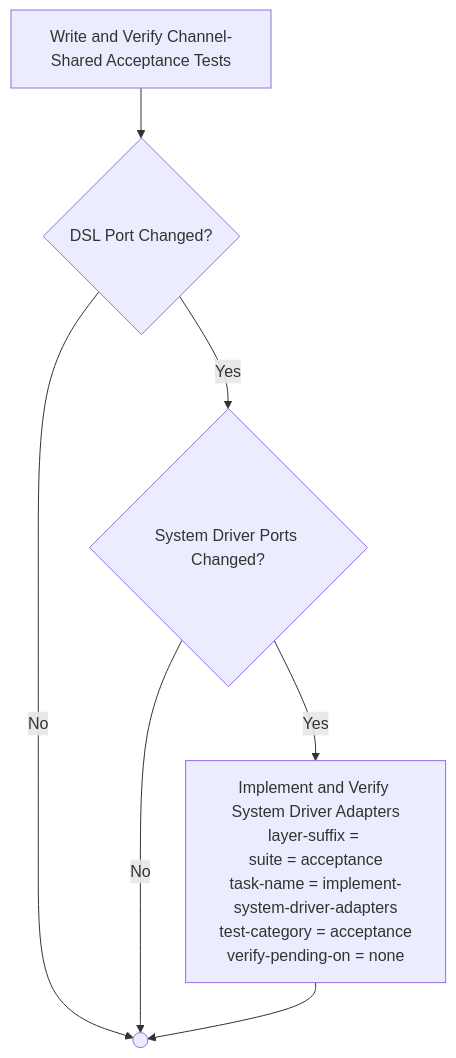
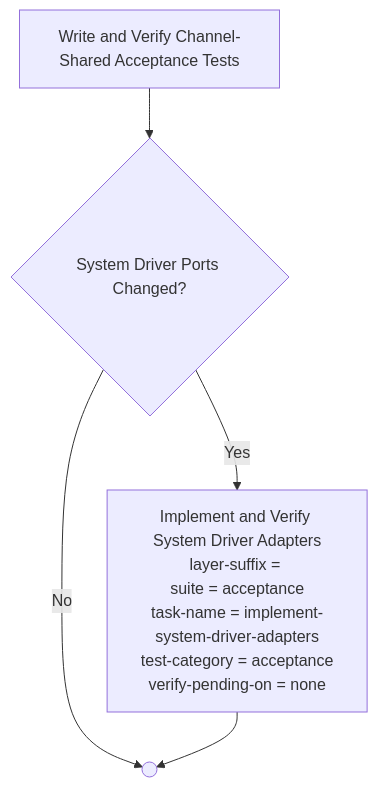
Diagram 13 of 54 in docs/process-diagram.md (optivem/gh-optivem), drawn with Mermaid before and after one commit. The commit also changed other lines of this file and 50 other files, not shown here.

Commit message:
atdd: regenerate process-flow diagram

````diff
--- a/docs/process-diagram.md
+++ b/docs/process-diagram.md
@@ -269,15 +271,12 @@
 ```mermaid
 flowchart TD
-    SHARED_CONTRACT[Write and Verify Channel-Shared Acceptance Tests]
-    GATE_DSL_PORT_CHANGED{DSL Port Changed?}
+    WRITE_ACCEPTANCE_TESTS_AND_DSL[Write and Verify Channel-Shared Acceptance Tests]
     GATE_SYSTEM_DRIVER_PORTS_CHANGED{System Driver Ports Changed?}
+    IMPLEMENT_AND_VERIFY_SYSTEM_DRIVER_ADAPTERS["Implement and Verify System Driver Adapters<br/>layer-suffix = <br/>suite = acceptance<br/>task-name = implement-system-driver-adapters<br/>test-category = acceptance<br/>verify-pending-on = none"]
     WAV_AT_END(( ))
-    IMPLEMENT_AND_VERIFY_SYSTEM_DRIVER_ADAPTERS["Implement and Verify System Driver Adapters<br/>layer-suffix = <br/>suite = acceptance<br/>task-name = implement-system-driver-adapters<br/>test-category = acceptance<br/>verify-pending-on = none"]
 
-    SHARED_CONTRACT --> GATE_DSL_PORT_CHANGED
-    GATE_DSL_PORT_CHANGED -- Yes --> GATE_SYSTEM_DRIVER_PORTS_CHANGED
-    GATE_DSL_PORT_CHANGED -- No --> WAV_AT_END
+    WRITE_ACCEPTANCE_TESTS_AND_DSL --> GATE_SYSTEM_DRIVER_PORTS_CHANGED
     GATE_SYSTEM_DRIVER_PORTS_CHANGED -- Yes --> IMPLEMENT_AND_VERIFY_SYSTEM_DRIVER_ADAPTERS
     GATE_SYSTEM_DRIVER_PORTS_CHANGED -- No --> WAV_AT_END
     IMPLEMENT_AND_VERIFY_SYSTEM_DRIVER_ADAPTERS --> WAV_AT_END
 ```
````
